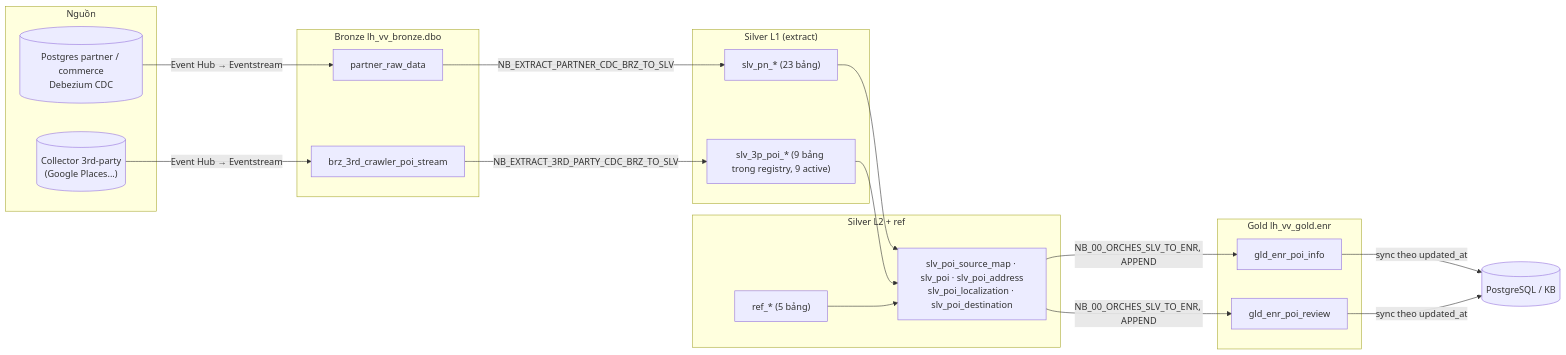
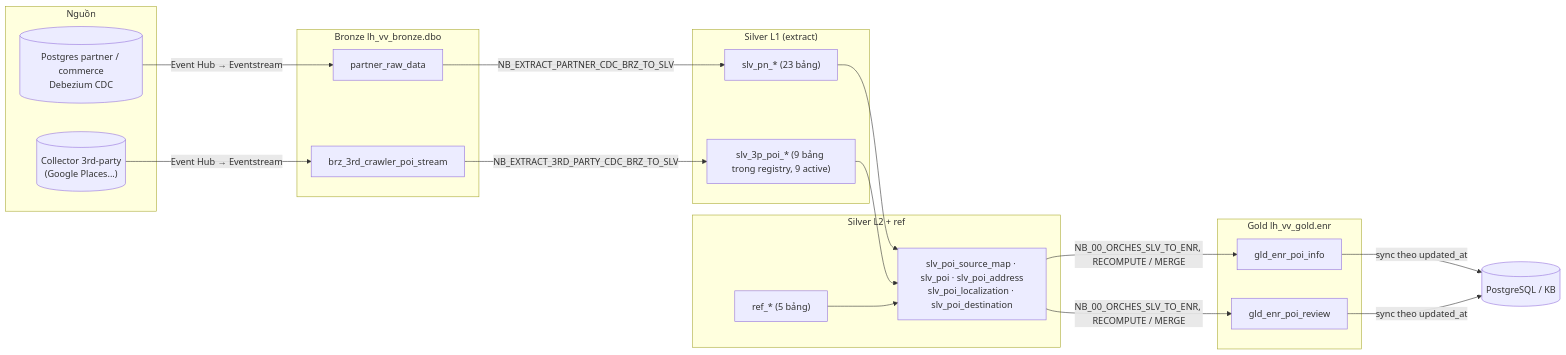
Before and after one commit to iamhuybach/SunGrp_VSVN: the diagram in docs/context/01_DATA_MODEL.md, drawn with Mermaid. The commit also changed other lines of this file and 35 other files, not shown here.

First line of the commit message:
Switch enrich POI info and review from append to the existing gold MERGE.

````diff
--- a/docs/context/01_DATA_MODEL.md
+++ b/docs/context/01_DATA_MODEL.md
@@ -38,32 +38,32 @@
 ```mermaid
 flowchart LR
   subgraph SRC["Nguồn"]
     PG[("Postgres partner / commerce<br/>Debezium CDC")]
     CR[("Collector 3rd-party<br/>(Google Places...)")]
   end
   subgraph BRZ["Bronze lh_vv_bronze.dbo"]
     R1["partner_raw_data"]
     R2["brz_3rd_crawler_poi_stream"]
   end
   subgraph L1["Silver L1 (extract)"]
     PN["slv_pn_* (23 bảng)"]
     P3["slv_3p_poi_* (9 bảng trong registry, 9 active)"]
   end
   subgraph L2["Silver L2 + ref"]
     N["slv_poi_source_map · slv_poi · slv_poi_address<br/>slv_poi_localization · slv_poi_destination"]
     RF["ref_* (5 bảng)"]
   end
   subgraph G["Gold lh_vv_gold.enr"]
     GI["gld_enr_poi_info"]
     GV["gld_enr_poi_review"]
   end
   PG -->|Event Hub → Eventstream| R1
   CR -->|Event Hub → Eventstream| R2
   R1 -->|NB_EXTRACT_PARTNER_CDC_BRZ_TO_SLV| PN
   R2 -->|NB_EXTRACT_3RD_PARTY_CDC_BRZ_TO_SLV| P3
   PN --> N
   P3 --> N
   RF --> N
-  N -->|NB_00_ORCHES_SLV_TO_ENR, APPEND| GI & GV
+  N -->|NB_00_ORCHES_SLV_TO_ENR, RECOMPUTE / MERGE| GI & GV
   GI & GV -->|sync theo updated_at| OUT[("PostgreSQL / KB")]
 ```
````
